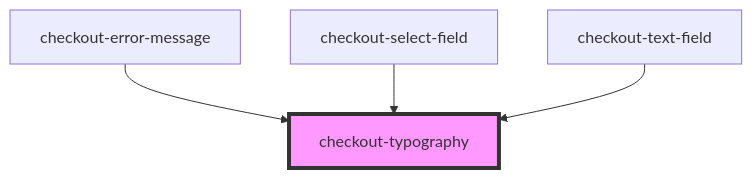
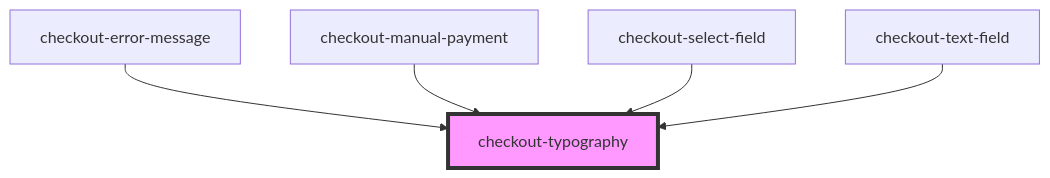
Before and after one commit to plughacker/malga-checkout: the diagram in packages/common/src/components/checkout-typography/readme.md, drawn with Mermaid. The commit also changed other lines of this file and 10 other files, not shown here.

````diff
--- a/packages/common/src/components/checkout-typography/readme.md
+++ b/packages/common/src/components/checkout-typography/readme.md
@@ -27,7 +28,8 @@
 ```mermaid
 graph TD;
   checkout-error-message --> checkout-typography
+  checkout-manual-payment --> checkout-typography
   checkout-select-field --> checkout-typography
   checkout-text-field --> checkout-typography
   style checkout-typography fill:#f9f,stroke:#333,stroke-width:4px
 ```
````
